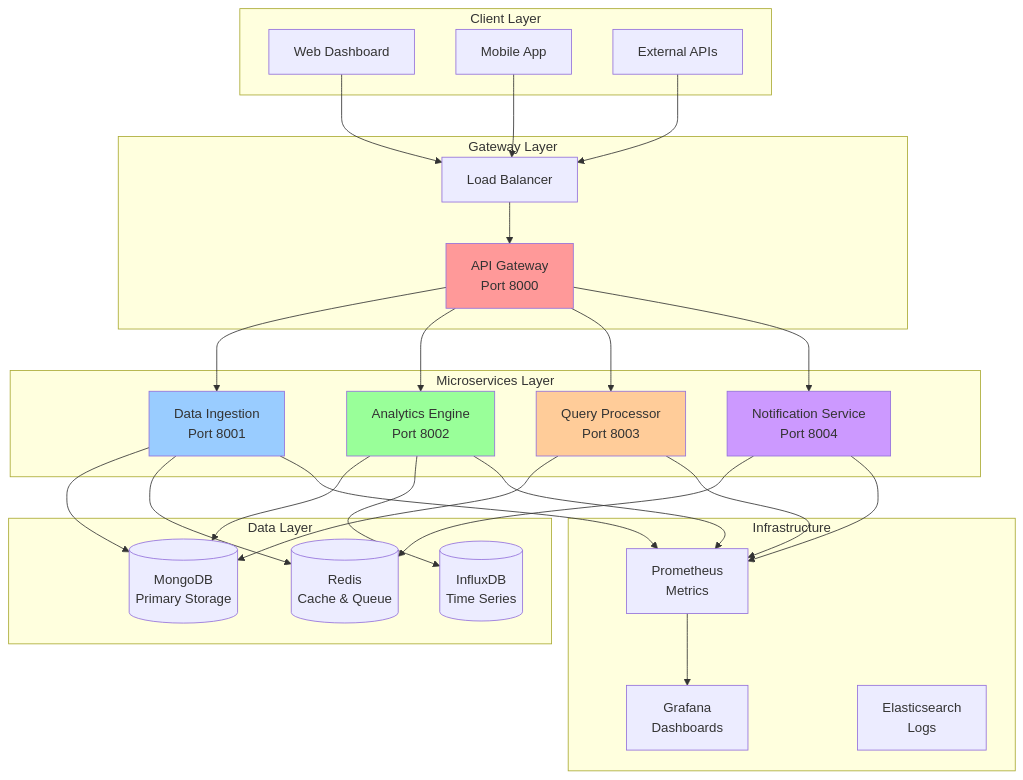
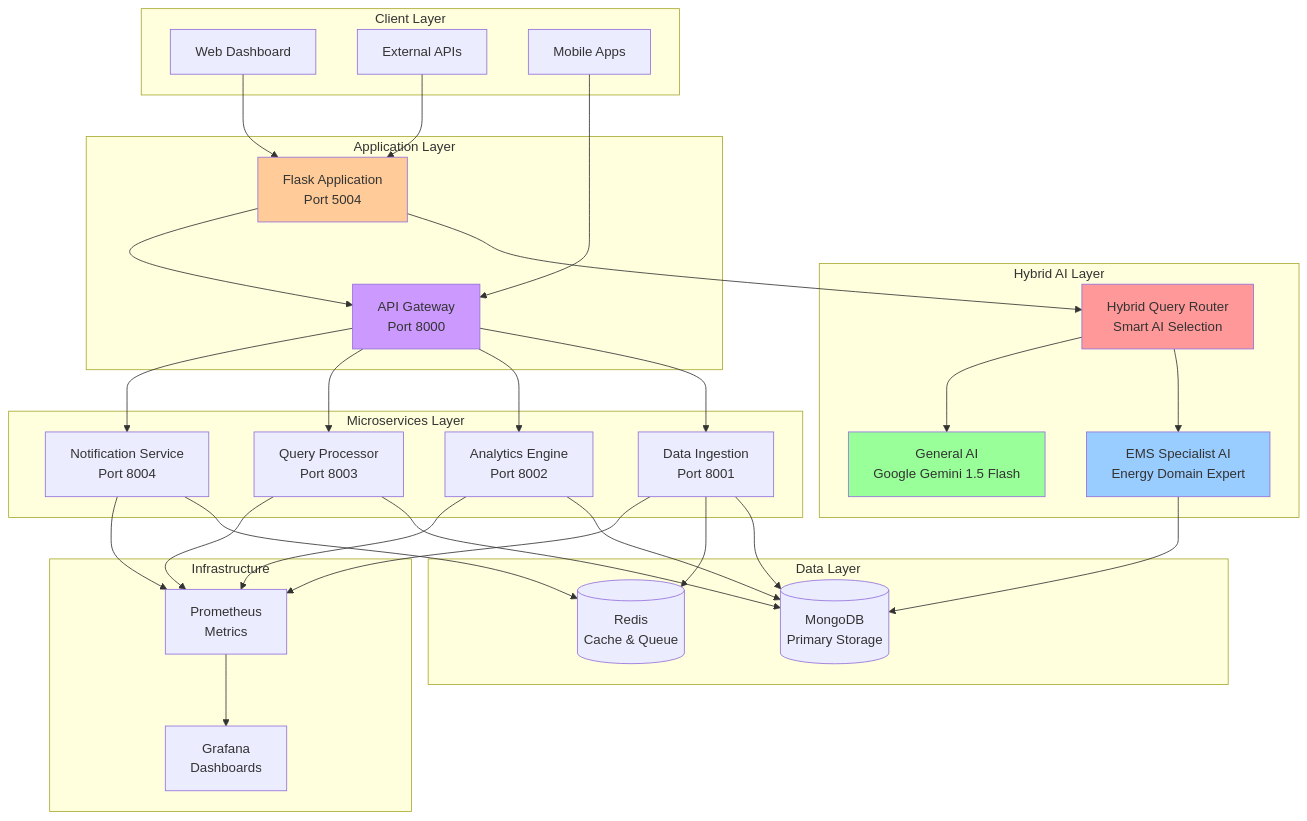
The first of 2 diagrams in README.md (Aashik1701/Optibye-Agent), drawn with Mermaid before and after one commit. The commit also changed other lines of this file and 31 other files, not shown here.

````diff
--- a/README.md
+++ b/README.md
@@ -109,62 +304,70 @@
 ```mermaid
 graph TB
     subgraph "Client Layer"
         Web[Web Dashboard]
-        Mobile[Mobile App]
         API[External APIs]
+        Mobile[Mobile Apps]
     end
     
-    subgraph "Gateway Layer"
-        LB[Load Balancer]
+    subgraph "Hybrid AI Layer"
+        Router[Hybrid Query Router<br/>Smart AI Selection]
+        EMS[EMS Specialist AI<br/>Energy Domain Expert]
+        Gemini[General AI<br/>Google Gemini 1.5 Flash]
+    end
+    
+    subgraph "Application Layer"
+        Flask[Flask Application<br/>Port 5004]
         Gateway[API Gateway<br/>Port 8000]
     end
     
     subgraph "Microservices Layer"
         DI[Data Ingestion<br/>Port 8001]
         Analytics[Analytics Engine<br/>Port 8002]
         QueryProc[Query Processor<br/>Port 8003]
         Notify[Notification Service<br/>Port 8004]
     end
     
     subgraph "Data Layer"
         MongoDB[(MongoDB<br/>Primary Storage)]
         Redis[(Redis<br/>Cache & Queue)]
-        InfluxDB[(InfluxDB<br/>Time Series)]
     end
     
     subgraph "Infrastructure"
         Prometheus[Prometheus<br/>Metrics]
         Grafana[Grafana<br/>Dashboards]
-        ElasticSearch[Elasticsearch<br/>Logs]
     end
     
-    Web --> LB
-    Mobile --> LB
-    API --> LB
-    LB --> Gateway
+    Web --> Flask
+    API --> Flask
+    Mobile --> Gateway
     
+    Flask --> Router
+    Router --> EMS
+    Router --> Gemini
+    EMS --> MongoDB
+    
+    Flask --> Gateway
     Gateway --> DI
     Gateway --> Analytics
     Gateway --> QueryProc
     Gateway --> Notify
     
     DI --> MongoDB
     DI --> Redis
     Analytics --> MongoDB
-    Analytics --> InfluxDB
     QueryProc --> MongoDB
     Notify --> Redis
     
     DI --> Prometheus
     Analytics --> Prometheus
     QueryProc --> Prometheus
     Notify --> Prometheus
     
     Prometheus --> Grafana
     
-    style Gateway fill:#ff9999
-    style DI fill:#99ccff
-    style Analytics fill:#99ff99
-    style QueryProc fill:#ffcc99
-    style Notify fill:#cc99ff
+    style Router fill:#ff9999
+    style EMS fill:#99ccff
+    style Gemini fill:#99ff99
+    style Flask fill:#ffcc99
+    style Gateway fill:#cc99ff
 ```
````
